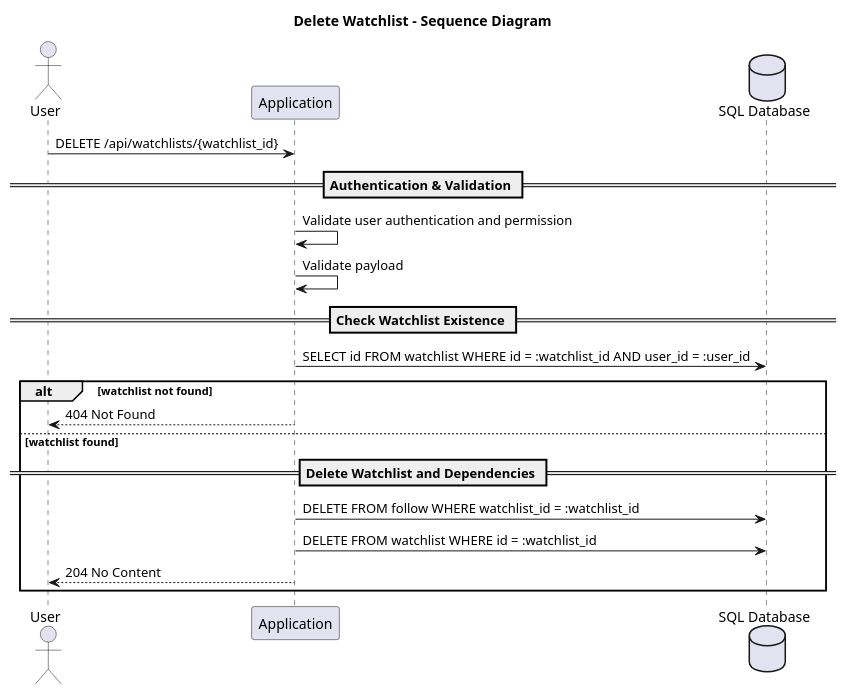
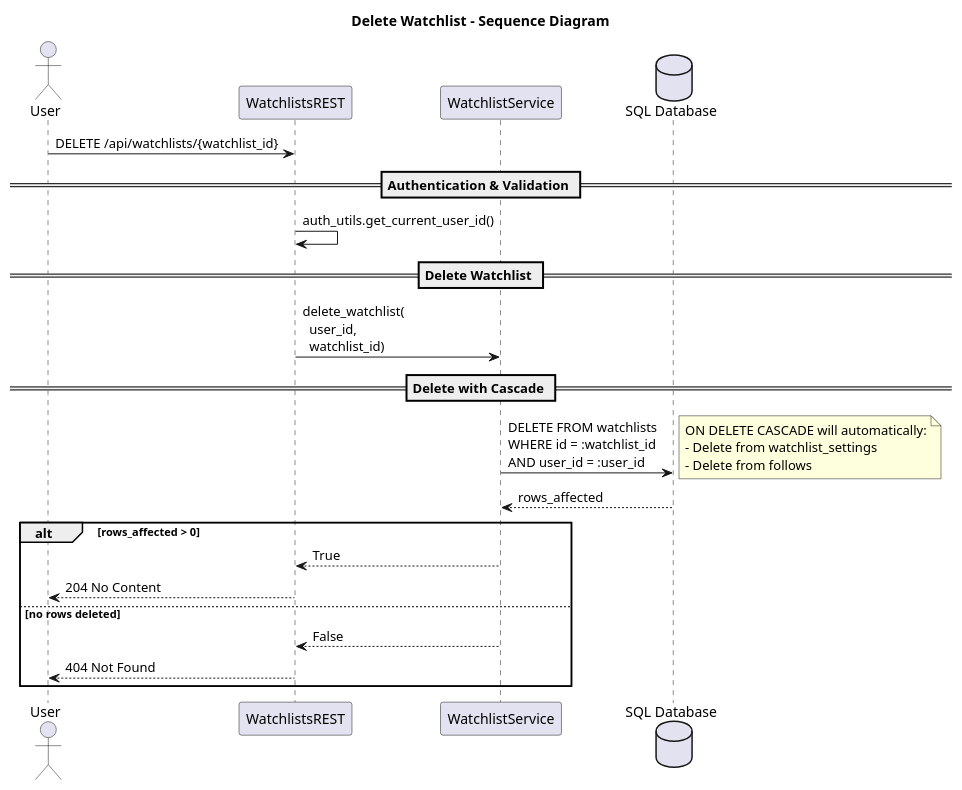
Before and after one commit to PhilippXXY/ticker-cal-tracker: the diagram in docs/uml/sequence_diagram_delete_watchlist.puml, drawn with PlantUML. The commit also changed 16 other files, not shown here.

Commit message:
Update UML diagrams to reflect current codebase

```diff
--- a/docs/uml/sequence_diagram_delete_watchlist.puml
+++ b/docs/uml/sequence_diagram_delete_watchlist.puml
@@ -1,24 +1,34 @@
 @startuml sequence_diagram_delete_watchlist
 title Delete Watchlist - Sequence Diagram
 
 actor User
-participant "Application" as APP
+participant "WatchlistsREST" as REST
+participant "WatchlistService" as SVC
 database "SQL Database" as DB
 
-User -> APP: DELETE /api/watchlists/{watchlist_id}
+User -> REST: DELETE /api/watchlists/{watchlist_id}
 
 == Authentication & Validation ==
-APP -> APP: Validate user authentication and permission
-APP -> APP: Validate payload
+REST -> REST: auth_utils.get_current_user_id()
 
-== Check Watchlist Existence ==
-APP -> DB: SELECT id FROM watchlist WHERE id = :watchlist_id AND user_id = :user_id
-alt watchlist not found
-    APP --> User: 404 Not Found
-else watchlist found
-    == Delete Watchlist and Dependencies ==
-    APP -> DB: DELETE FROM follow WHERE watchlist_id = :watchlist_id
-    APP -> DB: DELETE FROM watchlist WHERE id = :watchlist_id
-    APP --> User: 204 No Content
+== Delete Watchlist ==
+REST -> SVC: delete_watchlist(\n  user_id,\n  watchlist_id)
+
+== Delete with Cascade ==
+SVC -> DB: DELETE FROM watchlists\nWHERE id = :watchlist_id\nAND user_id = :user_id
+note right
+  ON DELETE CASCADE will automatically:
+  - Delete from watchlist_settings
+  - Delete from follows
+end note
+DB --> SVC: rows_affected
+
+alt rows_affected > 0
+  SVC --> REST: True
+  REST --> User: 204 No Content
+else no rows deleted
+  SVC --> REST: False
+  REST --> User: 404 Not Found
 end
+
 @enduml
```
